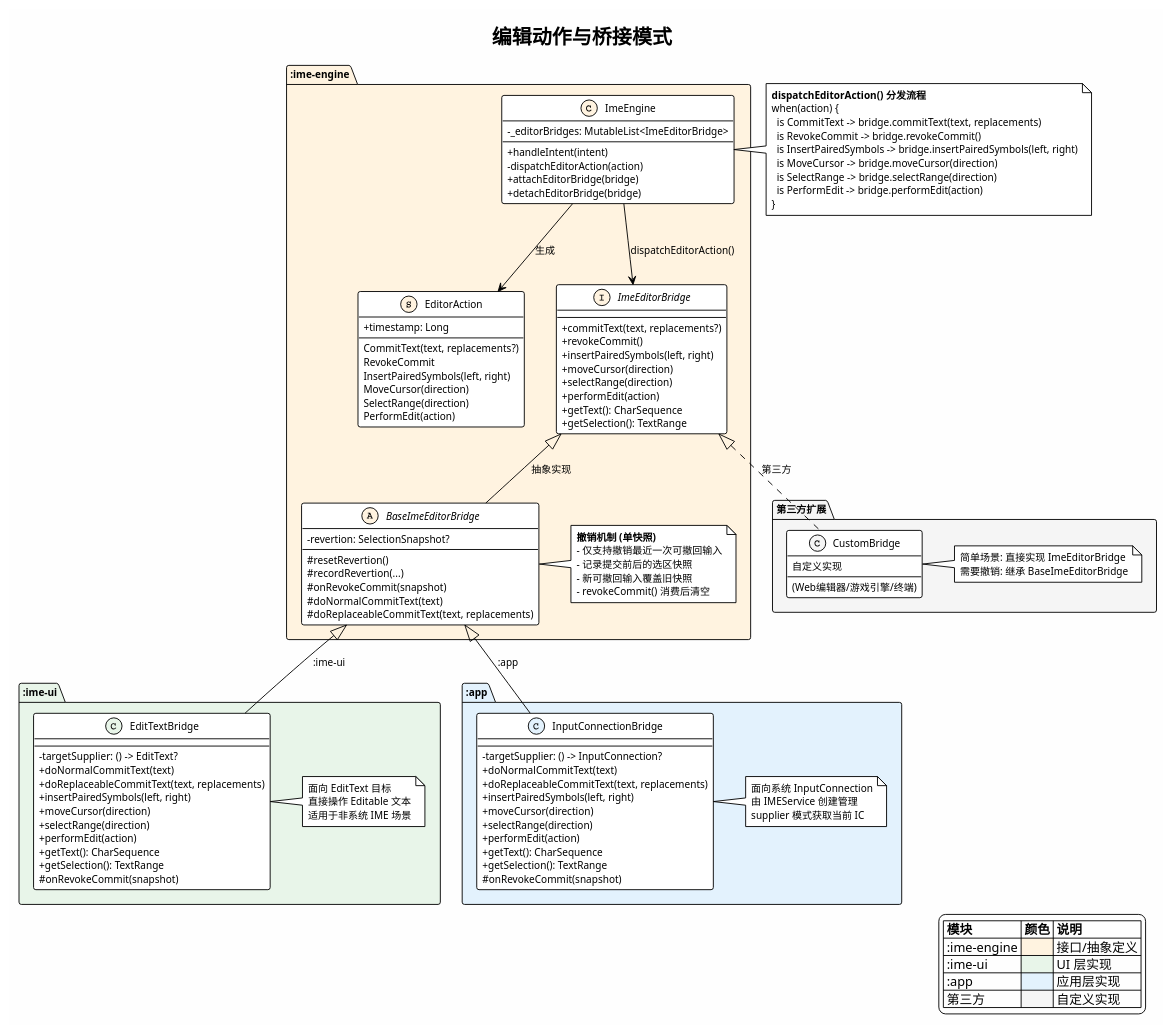
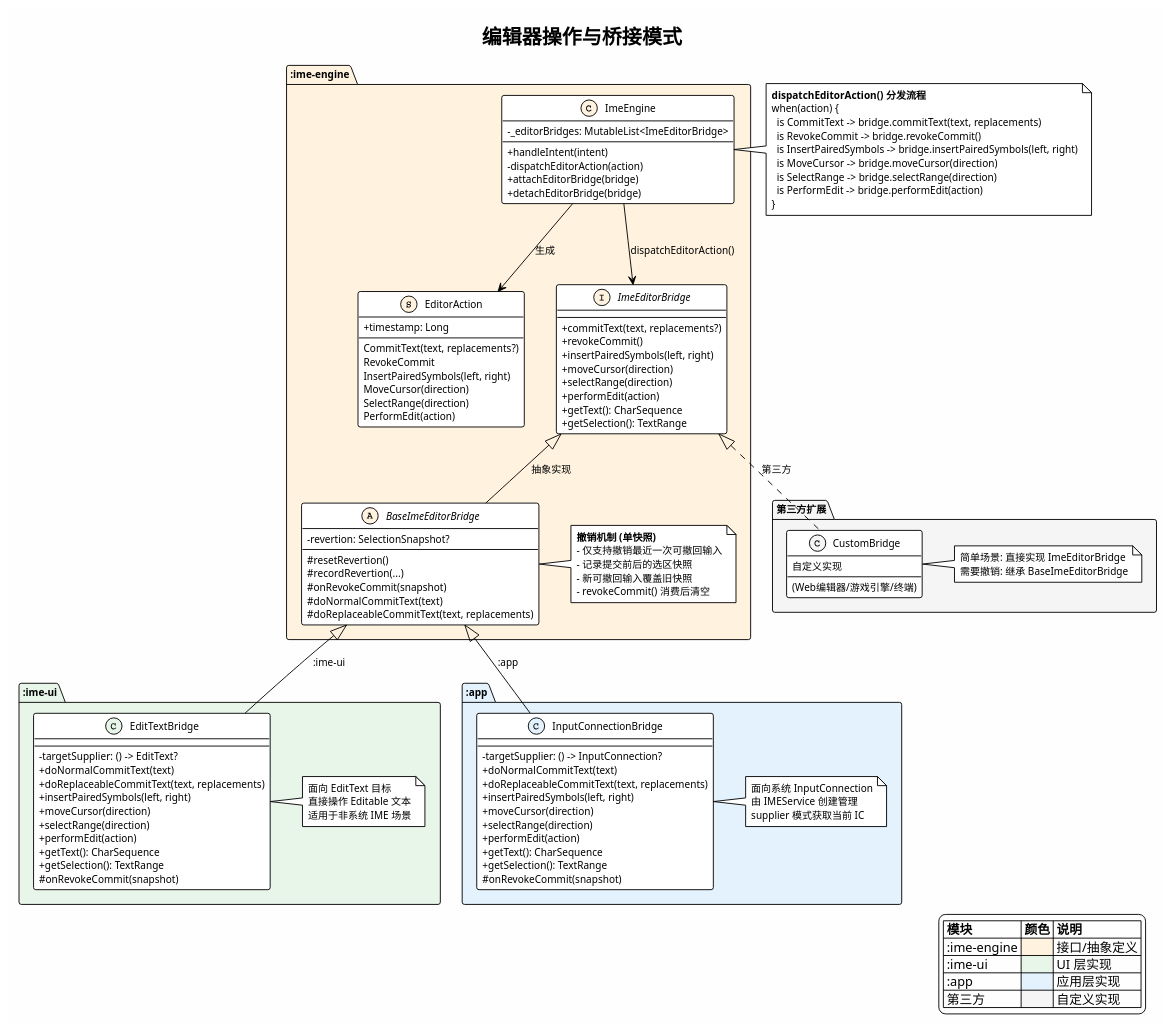
One commit to crazydan-studio/kuaizi-ime-android changed the diagram in docs/ai-agent/v4/design/diagrams/engine-editor-action-bridge.puml. Above: the diagram before and after it, drawn with PlantUML. The commit also changed 12 other files, not shown here.

```diff
--- a/docs/ai-agent/v4/design/diagrams/engine-editor-action-bridge.puml
+++ b/docs/ai-agent/v4/design/diagrams/engine-editor-action-bridge.puml
@@ -1,144 +1,144 @@
 @startuml engine-editor-action-bridge
 !theme plain
 skinparam backgroundColor #FEFEFE
 skinparam classAttributeIconSize 0
 skinparam defaultFontSize 11
 
-title 编辑动作与桥接模式
+title 编辑器操作与桥接模式
 
 legend right
   |= 模块 |= 颜色 |= 说明 |
   | :ime-engine | <#FFF3E0> | 接口/抽象定义 |
   | :ime-ui | <#E8F5E9> | UI 层实现 |
   | :app | <#E3F2FD> | 应用层实现 |
   | 第三方 | <#F5F5F5> | 自定义实现 |
 endlegend
 
 ' ===== EditorAction =====
 package ":ime-engine" #FFF3E0 {
 
   class EditorAction <<(S,#FFF3E0)>> {
     + timestamp: Long
     --
     CommitText(text, replacements?)
     RevokeCommit
     InsertPairedSymbols(left, right)
     MoveCursor(direction)
     SelectRange(direction)
     PerformEdit(action)
   }
 
   class ImeEngine <<(C,#FFF3E0)>> {
     + handleIntent(intent)
     - dispatchEditorAction(action)
     - _editorBridges: MutableList<ImeEditorBridge>
     + attachEditorBridge(bridge)
     + detachEditorBridge(bridge)
   }
 
   interface ImeEditorBridge <<(I,#FFF3E0)>> {
     + commitText(text, replacements?)
     + revokeCommit()
     + insertPairedSymbols(left, right)
     + moveCursor(direction)
     + selectRange(direction)
     + performEdit(action)
     + getText(): CharSequence
     + getSelection(): TextRange
   }
 
   abstract class BaseImeEditorBridge <<(A,#FFF3E0)>> {
     - revertion: SelectionSnapshot?
     # resetRevertion()
     # recordRevertion(...)
     # onRevokeCommit(snapshot)
     # doNormalCommitText(text)
     # doReplaceableCommitText(text, replacements)
   }
 
   note right of BaseImeEditorBridge
     **撤销机制 (单快照)**
     - 仅支持撤销最近一次可撤回输入
     - 记录提交前后的选区快照
     - 新可撤回输入覆盖旧快照
     - revokeCommit() 消费后清空
   end note
 }
 
 ' ===== :ime-ui 实现 =====
 package ":ime-ui" #E8F5E9 {
   class EditTextBridge <<(C,#E8F5E9)>> {
     - targetSupplier: () -> EditText?
     + doNormalCommitText(text)
     + doReplaceableCommitText(text, replacements)
     + insertPairedSymbols(left, right)
     + moveCursor(direction)
     + selectRange(direction)
     + performEdit(action)
     + getText(): CharSequence
     + getSelection(): TextRange
     # onRevokeCommit(snapshot)
   }
   note right of EditTextBridge
     面向 EditText 目标
     直接操作 Editable 文本
     适用于非系统 IME 场景
   end note
 }
 
 ' ===== :app 实现 =====
 package ":app" #E3F2FD {
   class InputConnectionBridge <<(C,#E3F2FD)>> {
     - targetSupplier: () -> InputConnection?
     + doNormalCommitText(text)
     + doReplaceableCommitText(text, replacements)
     + insertPairedSymbols(left, right)
     + moveCursor(direction)
     + selectRange(direction)
     + performEdit(action)
     + getText(): CharSequence
     + getSelection(): TextRange
     # onRevokeCommit(snapshot)
   }
   note right of InputConnectionBridge
     面向系统 InputConnection
     由 IMEService 创建管理
     supplier 模式获取当前 IC
   end note
 }
 
 ' ===== 第三方自定义 =====
 package "第三方扩展" #F5F5F5 {
   class CustomBridge <<(C,#F5F5F5)>> {
     自定义实现
     (Web编辑器/游戏引擎/终端)
   }
   note right of CustomBridge
     简单场景: 直接实现 ImeEditorBridge
     需要撤销: 继承 BaseImeEditorBridge
   end note
 }
 
 ' ===== 关系 =====
 ImeEngine --> EditorAction : 生成
 ImeEngine --> ImeEditorBridge : dispatchEditorAction()
 
 ImeEditorBridge <|-- BaseImeEditorBridge : 抽象实现
 BaseImeEditorBridge <|-- InputConnectionBridge : :app
 BaseImeEditorBridge <|-- EditTextBridge : :ime-ui
 ImeEditorBridge <|.. CustomBridge : 第三方
 
 ' ===== 分发流程 =====
 note left of ImeEngine
   **dispatchEditorAction() 分发流程**
   when(action) {
     is CommitText -> bridge.commitText(text, replacements)
     is RevokeCommit -> bridge.revokeCommit()
     is InsertPairedSymbols -> bridge.insertPairedSymbols(left, right)
     is MoveCursor -> bridge.moveCursor(direction)
     is SelectRange -> bridge.selectRange(direction)
     is PerformEdit -> bridge.performEdit(action)
   }
 end note
 
 @enduml
```
